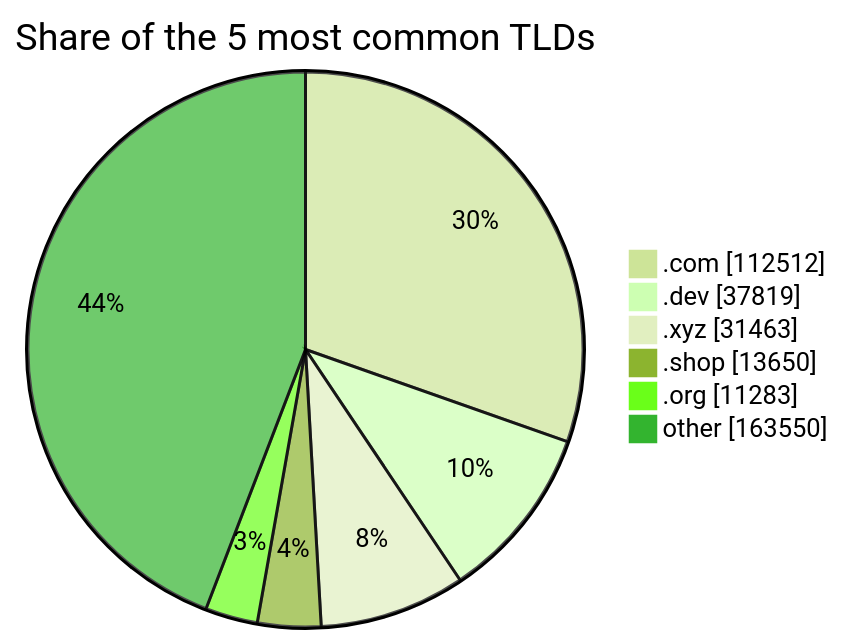
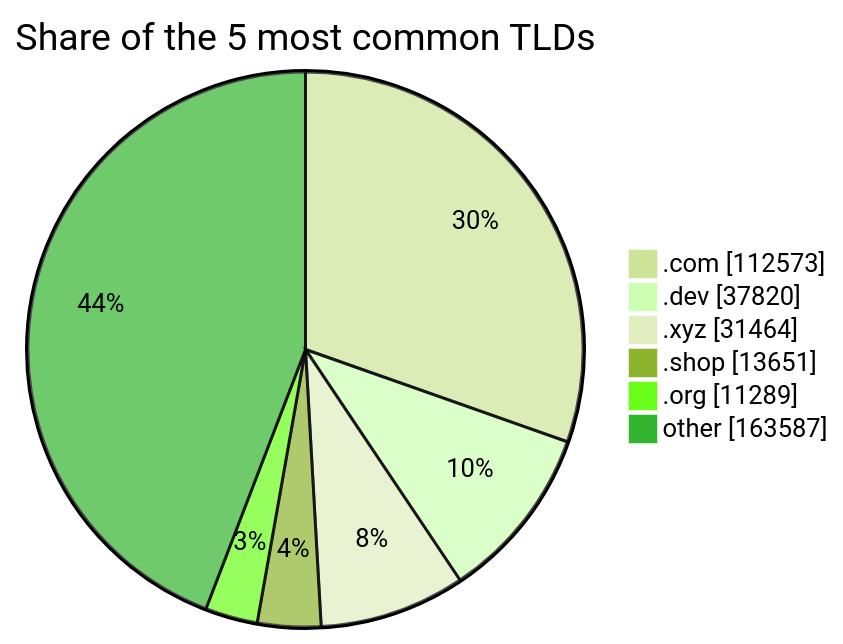
One commit to DNSBunker/CTI changed the third of 3 diagrams in README.md. Above: the diagram before and after it, drawn with Mermaid (forest theme). The commit also changed other lines of this file and 3 other files, not shown here.

````diff
--- a/README.md
+++ b/README.md
@@ -81,9 +81,9 @@
 ```mermaid
 pie showData title Share of the 5 most common TLDs
-    ".com" : 112512
-    ".dev" : 37819
-    ".xyz" : 31463
-    ".shop" : 13650
-    ".org" : 11283
-    "other" : 163550
+    ".com" : 112573
+    ".dev" : 37820
+    ".xyz" : 31464
+    ".shop" : 13651
+    ".org" : 11289
+    "other" : 163587
 ```
````
